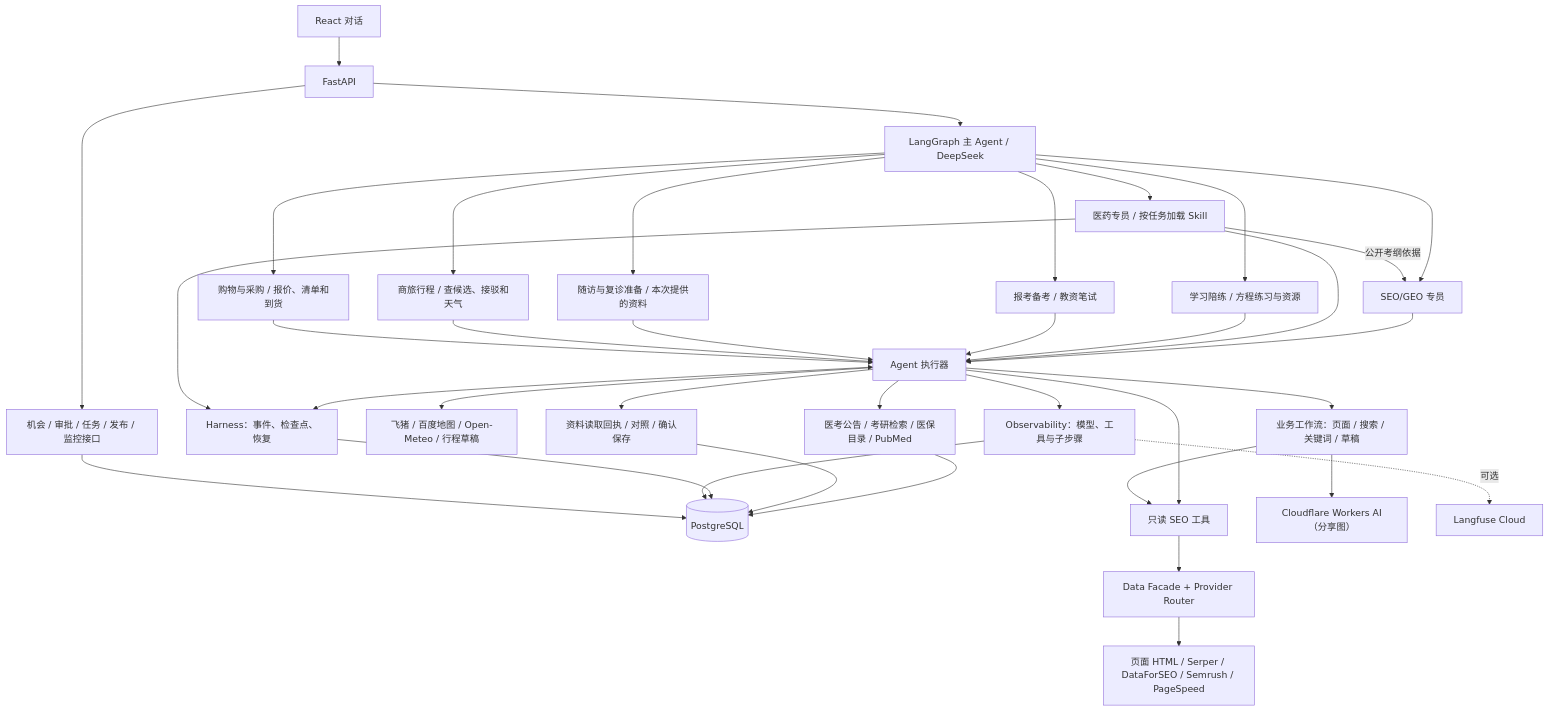
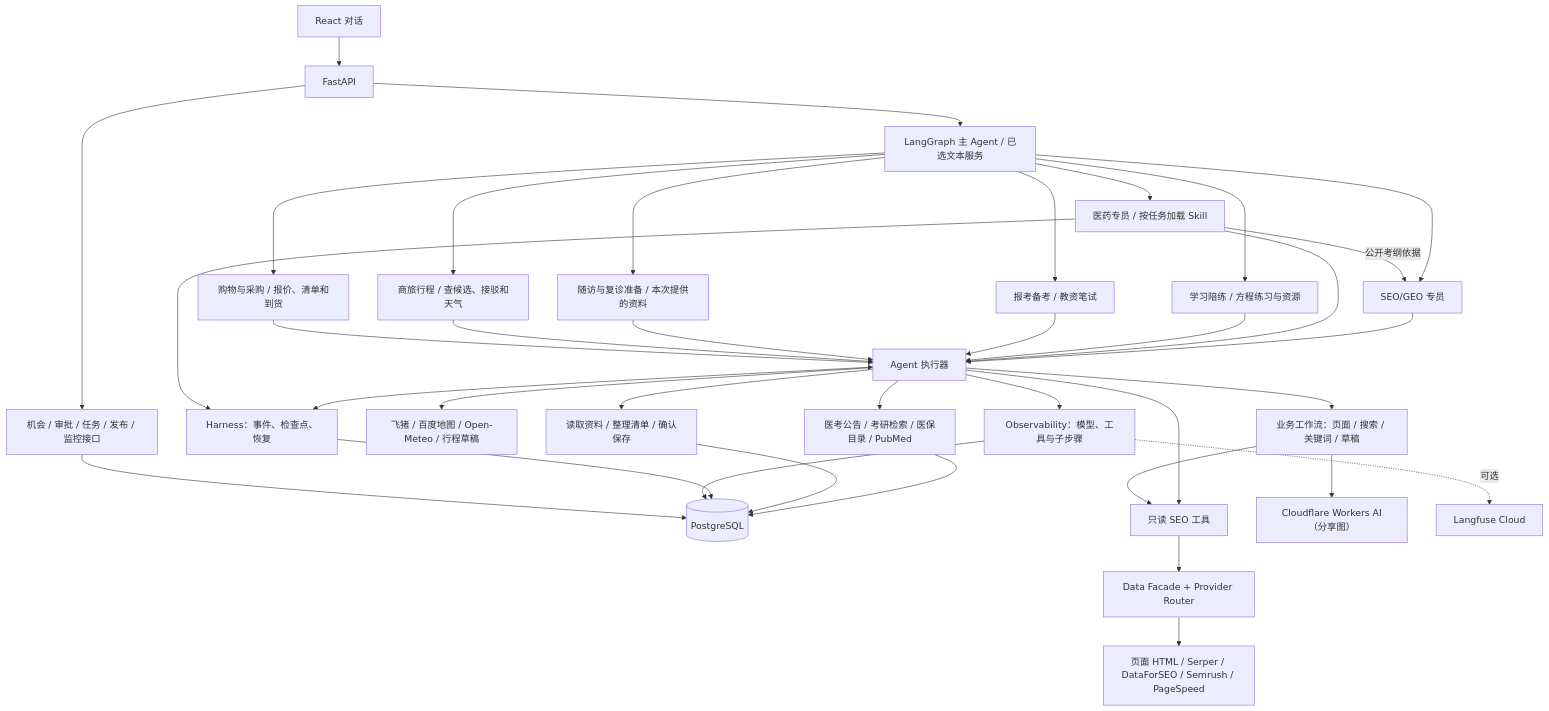
Before and after one commit to cheng-sir-0038/seo-diagnosis-agent: the first of 2 diagrams in docs/engineering.md, drawn with Mermaid. The commit also changed other lines of this file and 121 other files, not shown here.

````diff
--- a/docs/engineering.md
+++ b/docs/engineering.md
@@ -12,39 +12,39 @@
 ```mermaid
 flowchart TB
     UI["React 对话"] --> API["FastAPI"]
-    API --> MAIN["LangGraph 主 Agent / DeepSeek"]
+    API --> MAIN["LangGraph 主 Agent / 已选文本服务"]
     MAIN --> MED["医药专员 / 按任务加载 Skill"]
     MAIN --> SEO["SEO/GEO 专员"]
     MAIN --> LEARN["学习陪练 / 方程练习与资源"]
     MAIN --> EXAM["报考备考 / 教资笔试"]
     MAIN --> VISIT["随访与复诊准备 / 本次提供的资料"]
     MAIN --> TRAVEL["商旅行程 / 查候选、接驳和天气"]
     MAIN --> PROCUREMENT["购物与采购 / 报价、清单和到货"]
     MED -->|公开考纲依据| SEO
     SEO --> EXEC["Agent 执行器"]
     MED --> EXEC
     LEARN --> EXEC
     EXAM --> EXEC
     VISIT --> EXEC
     TRAVEL --> EXEC
     PROCUREMENT --> EXEC
     EXEC --> HEALTH["医考公告 / 考研检索 / 医保目录 / PubMed"]
     HEALTH --> RUNDB
-    EXEC --> FOLLOWUP["资料读取回执 / 对照 / 确认保存"]
+    EXEC --> FOLLOWUP["读取资料 / 整理清单 / 确认保存"]
     FOLLOWUP --> RUNDB
     EXEC --> TRIP["飞猪 / 百度地图 / Open-Meteo / 行程草稿"]
     EXEC --> WF["业务工作流：页面 / 搜索 / 关键词 / 草稿"]
     EXEC --> TOOL["只读 SEO 工具"]
     WF --> TOOL
     WF --> CF["Cloudflare Workers AI（分享图）"]
     TOOL --> DATA["Data Facade + Provider Router"]
     DATA --> EXT["页面 HTML / Serper / DataForSEO / Semrush / PageSpeed"]
     EXEC <--> HARNESS["Harness：事件、检查点、恢复"]
     MED --> HARNESS
     HARNESS --> RUNDB[("PostgreSQL")]
     EXEC --> OBS["Observability：模型、工具与子步骤"]
     OBS --> RUNDB
     OBS -.->|可选| LF["Langfuse Cloud"]
     API --> BIZ["机会 / 审批 / 任务 / 发布 / 监控接口"]
     BIZ --> RUNDB
 ```
````
